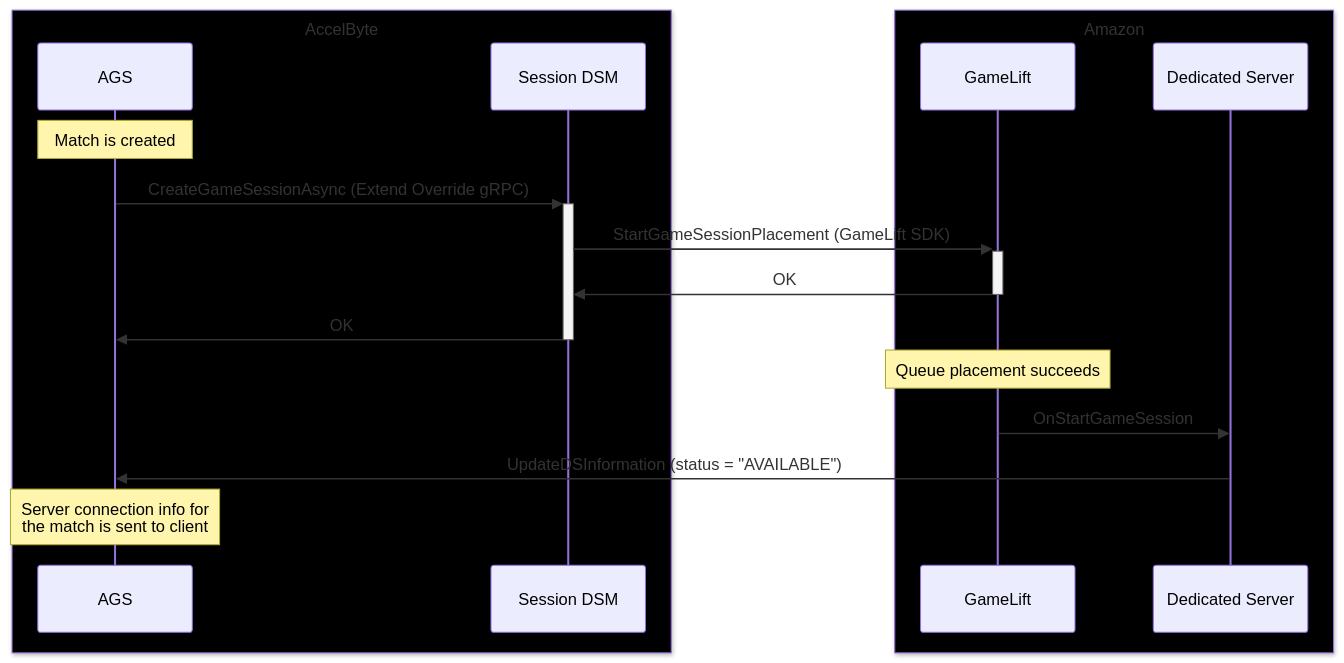
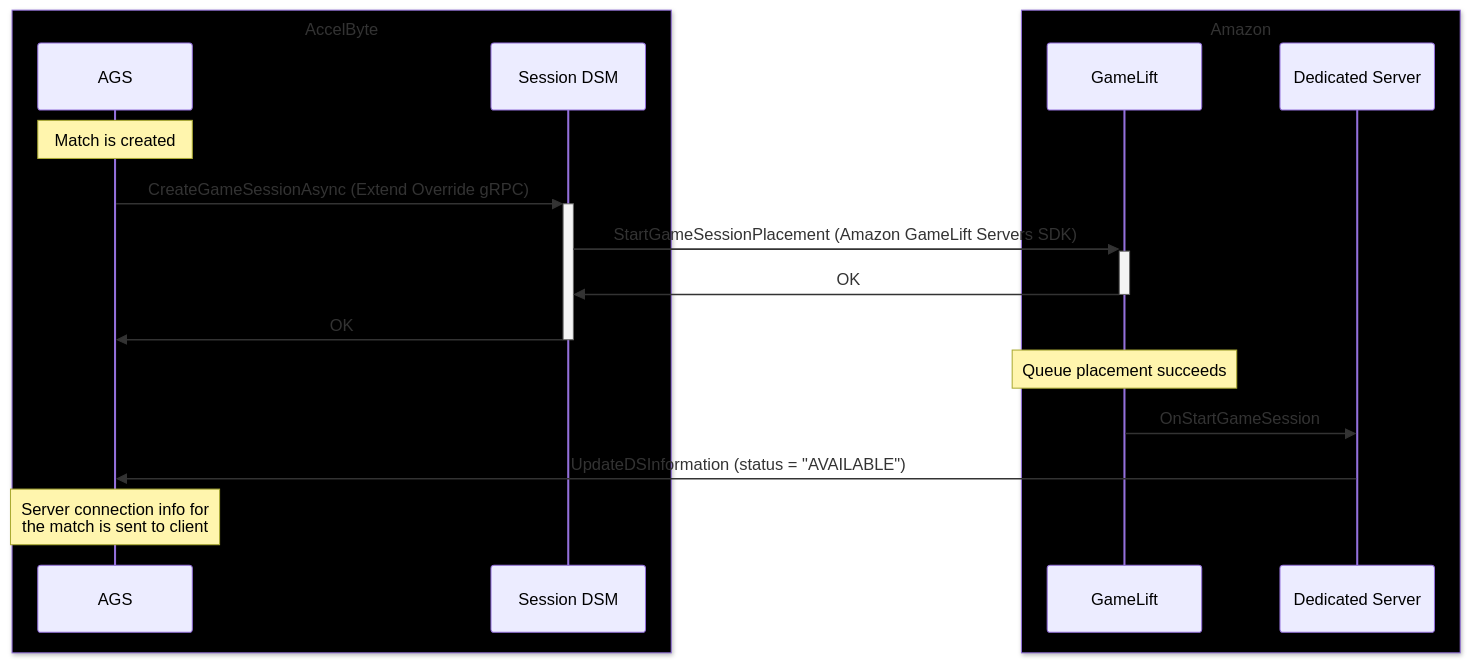
One commit to AccelByte/session-dsm-grpc-plugin-gamelift-go changed the second of 2 diagrams in README.md. Above: the diagram before and after it, drawn with Mermaid. The commit also changed other lines of this file and 3 other files, not shown here.

````diff
--- a/README.md
+++ b/README.md
@@ -53,29 +50,29 @@
 ```mermaid
 sequenceDiagram
 	box black AccelByte
 		participant AGS
 		participant Session DSM
 	end
 	box black Amazon
 		participant GameLift
 		participant Dedicated Server
 	end
 
 	Note over AGS: Match is created
 	
 	AGS ->> +Session DSM: CreateGameSessionAsync (Extend Override gRPC)
 
-	Session DSM ->> +GameLift: StartGameSessionPlacement (GameLift SDK)
+	Session DSM ->> +GameLift: StartGameSessionPlacement (Amazon GameLift Servers SDK)
 
 	GameLift ->> -Session DSM: OK
 	
 	Session DSM ->> -AGS:	OK
 	
 	Note over GameLift: Queue placement succeeds
 	
 	GameLift ->> Dedicated Server: OnStartGameSession
 	
 	Dedicated Server ->> AGS: UpdateDSInformation (status = "AVAILABLE")
 	
 	Note over AGS: Server connection info for <br> the match is sent to client
 ```
````
